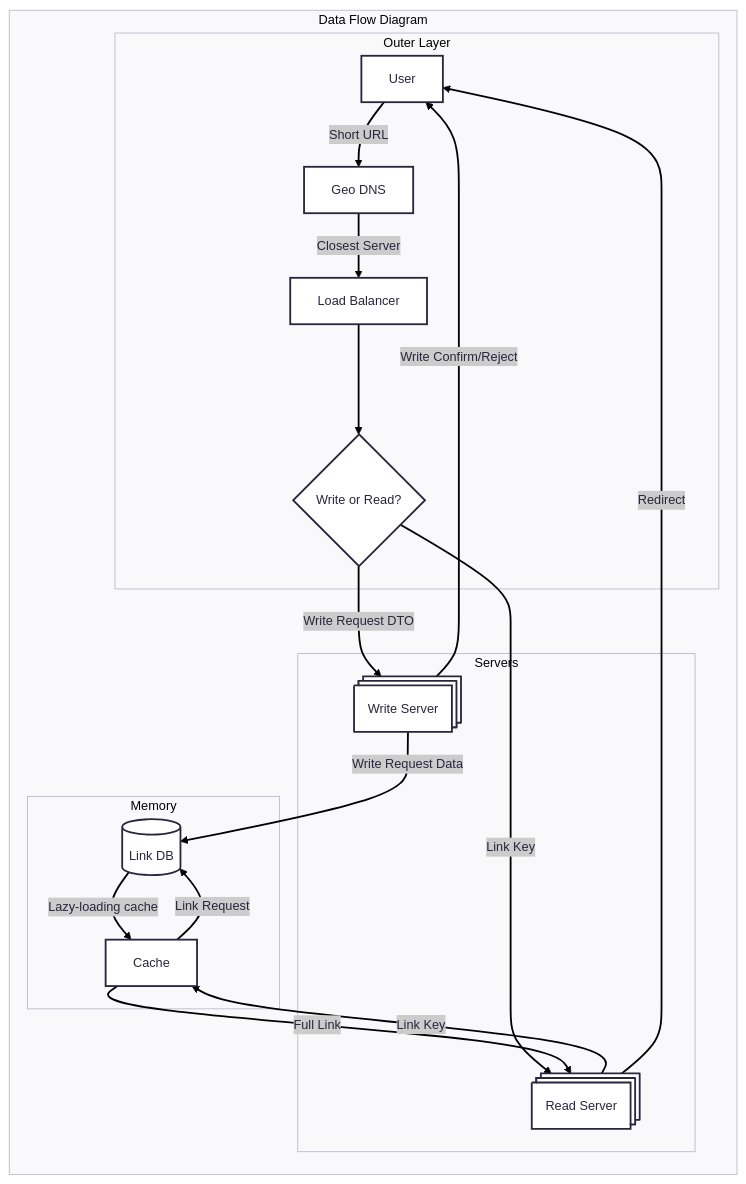
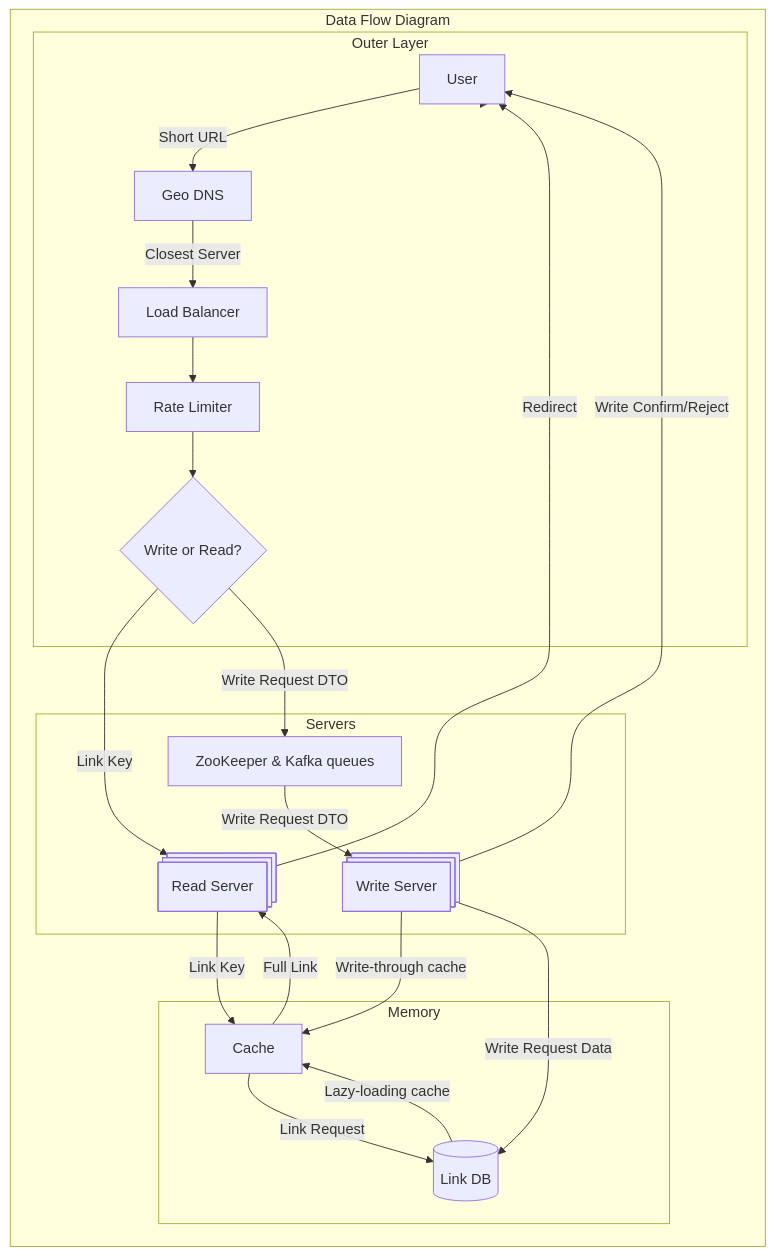
The first of 2 diagrams in System Design/Practice/1. URL Shortener.md (mike-pech/masters-theory), drawn with Mermaid before and after one commit. The commit also changed other lines of this file and 2 other files, not shown here.

Commit message:
System design practice 1 done

````diff
--- a/System Design/Practice/1. URL Shortener.md
+++ b/System Design/Practice/1. URL Shortener.md
@@ -133,44 +82,95 @@
 ```mermaid
 ---
+
 config:
-  theme: redux
-  layout: dagre
+
+theme: redux
+
+layout: dagre
+
 ---
+
 flowchart TD
- subgraph s2["Outer Layer"]
-        n1["User"]
-        n2["Load Balancer"]
-        n7["Write or Read?"]
-        n8["Geo DNS"]
-  end
- subgraph s3["Servers"]
-        n3["Write Server"]
-        n4["Read Server"]
-  end
- subgraph s4["Memory"]
-        n5["Link DB"]
-        n6["Cache"]
-  end
- subgraph s1["Data Flow Diagram"]
-        s2
-        s3
-        s4
-  end
-    n2 ---> n7
-    n7 -- Write Request DTO --> n3
-    n7 -- Link Key --> n4
-    n3 -- Write Request Data --> n5
-    n4 -- Link Key --> n6
-    n5 -- "Lazy-loading cache" --> n6
-    n6 -- Full Link --> n4
-    n4 -- Redirect --> n1
-    n3 -- Write Confirm/Reject --> n1
-    n6 -- Link Request --> n5
-    s2 --> s1
-    n1 -- Short URL --> n8
-    n8 -- Closest Server --> n2
-    n7@{ shape: diam}
-    n3@{ shape: procs}
-    n4@{ shape: procs}
-    n5@{ shape: db}
+
+subgraph s2["Outer Layer"]
+
+n1["User"]
+
+n2["Load Balancer"]
+
+n7["Write or Read?"]
+
+n8["Geo DNS"]
+
+n9["Rate Limiter"]
+
+end
+
+subgraph s3["Servers"]
+
+n3["Write Server"]
+
+n4["Read Server"]
+
+n10["ZooKeeper & Kafka queues"]
+
+end
+
+subgraph s4["Memory"]
+
+n5["Link DB"]
+
+n6["Cache"]
+
+end
+
+subgraph s1["Data Flow Diagram"]
+
+s2
+
+s3
+
+s4
+
+end
+
+n10 -- Write Request DTO --> n3
+
+n7 -- Link Key --> n4
+
+n7 -- Write Request DTO --> n10
+
+n4 -- Link Key --> n6
+
+n3 -- "Write-through cache" --> n6
+
+n5 -- "Lazy-loading cache" --> n6
+
+n6 -- Full Link --> n4
+
+n4 -- Redirect --> n1
+
+n3 -- Write Confirm/Reject --> n1
+
+n6 -- Link Request --> n5
+
+s2 --> s1
+
+n1 -- Short URL --> n8
+
+n8 -- Closest Server --> n2
+
+n2 --> n9
+
+n9 --> n7
+
+n3 -- Write Request Data --> n5
+
+n7@{ shape: diam}
+
+n3@{ shape: procs}
+
+n4@{ shape: procs}
+
+n5@{ shape: db}
 ```
````
